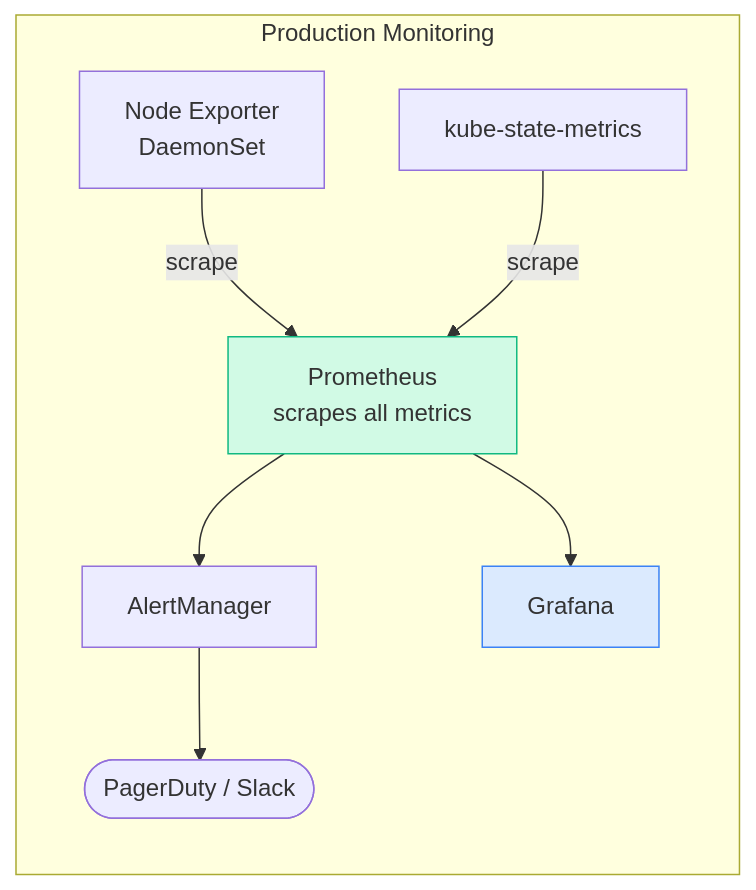
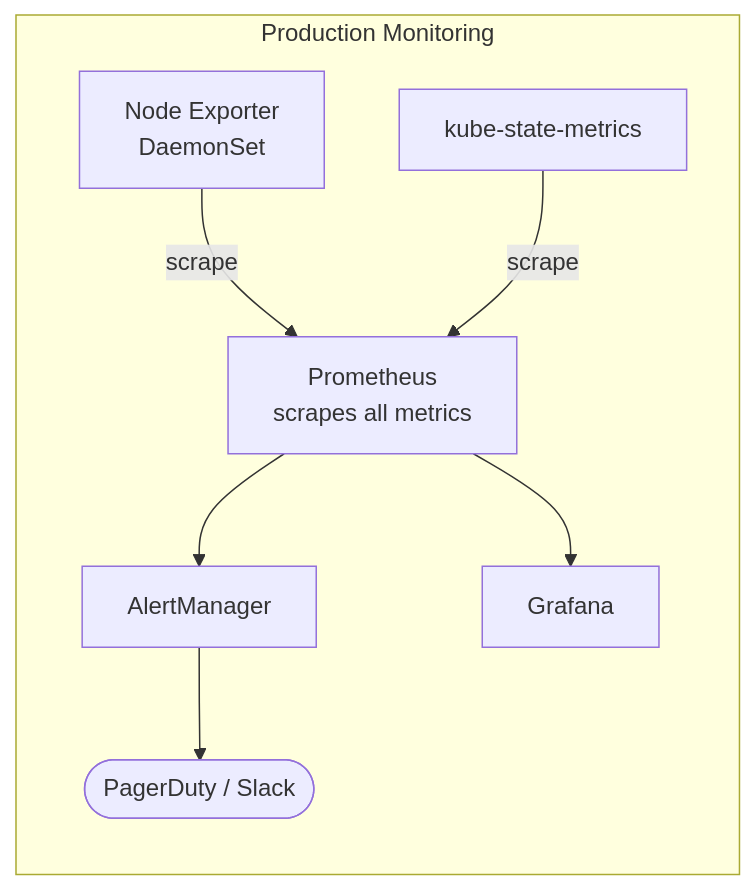
Before and after one commit to Gautam4424/k8slearn-content: the third of 6 diagrams in content/cka/10-logging-monitoring/overview/overview.md, drawn with Mermaid. The commit also changed other lines of this file and 40 other files, not shown here.

Commit message:
chore: fix mermaid style regex

````diff
--- a/content/cka/10-logging-monitoring/overview/overview.md
+++ b/content/cka/10-logging-monitoring/overview/overview.md
@@ -100,16 +97,14 @@
 ```mermaid
 flowchart LR
     subgraph PROD["Production Monitoring"]
         PROM["Prometheus\nscrapes all metrics"]
         NE["Node Exporter\nDaemonSet"]
         KSM["kube-state-metrics"]
         ALERT["AlertManager"]
         GRAFANA["Grafana"]
         NOTIF(["PagerDuty / Slack"])
     end
     NE & KSM -->|scrape| PROM
     PROM --> ALERT --> NOTIF
     PROM --> GRAFANA
-    style PROM fill:#d1fae5,stroke:#10b981
-    style GRAFANA fill:#dbeafe,stroke:#3b82f6
 ```
````
